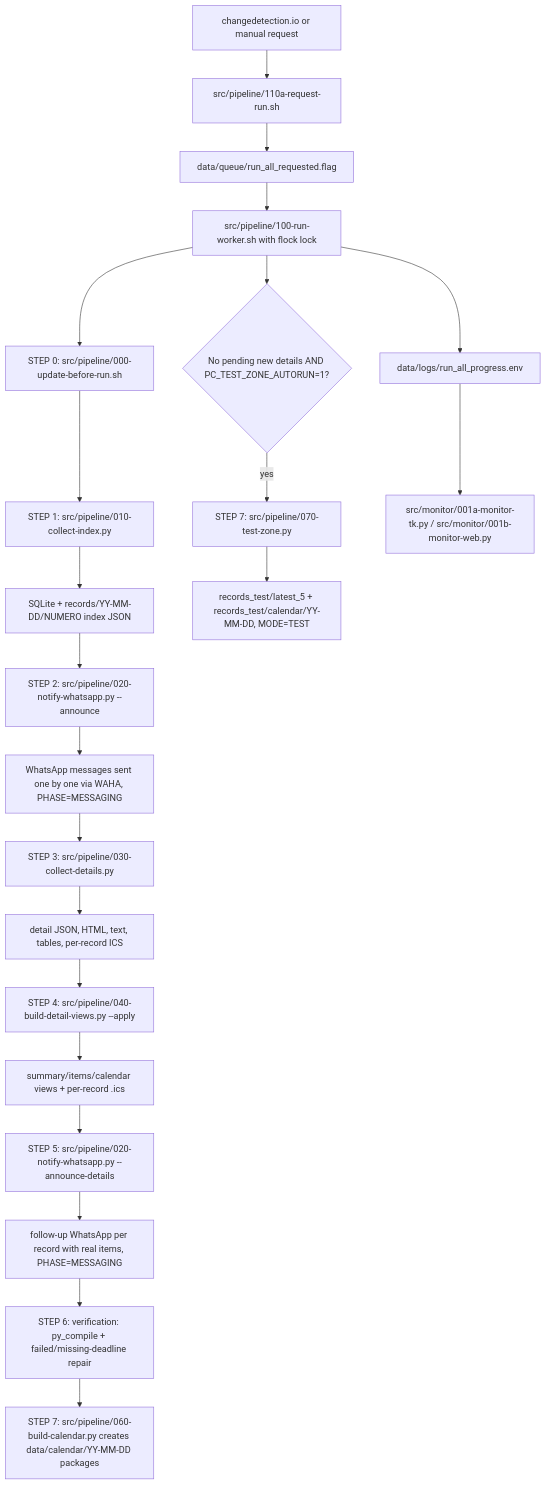
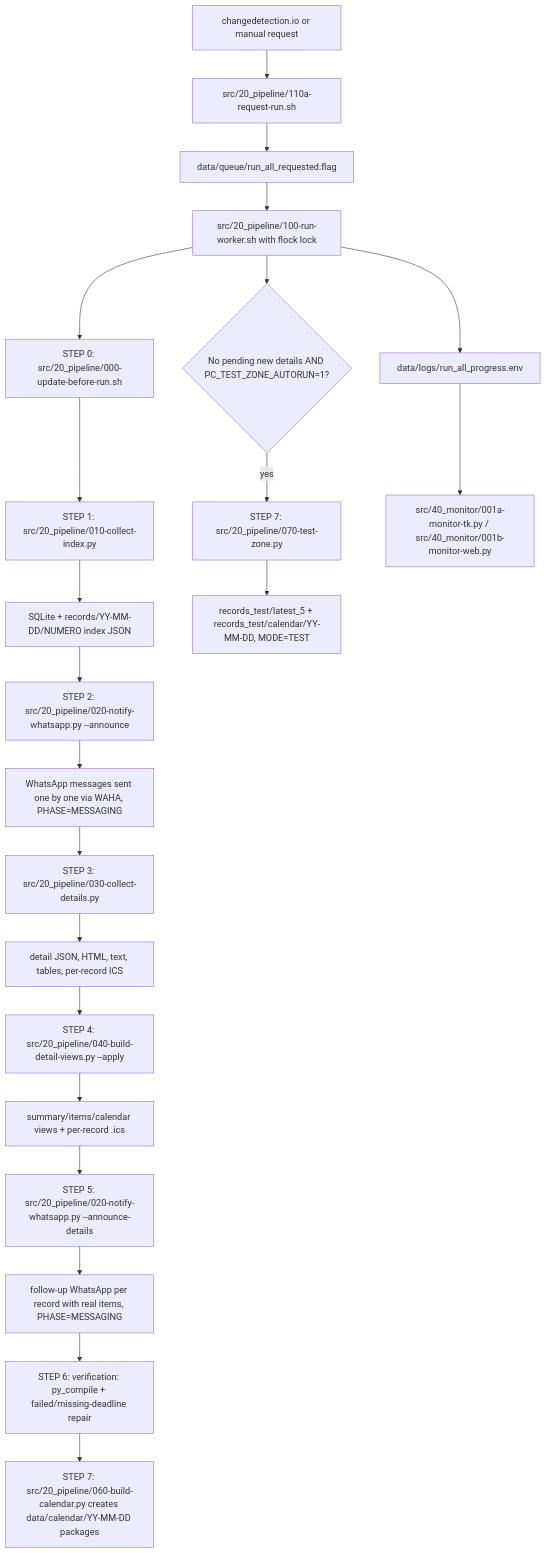
The diagram in README.md (413x-4rtur0/panamacompra-collector-backfill), drawn with Mermaid before and after one commit. The commit also changed other lines of this file and 97 other files, not shown here.

First line of the commit message:
Renumber src/ folders, add manual webhook mode, multi-client WAHA fan-out UI

````diff
--- a/README.md
+++ b/README.md
@@ -189,24 +189,24 @@
 ```mermaid
 flowchart TD
-    A[changedetection.io or manual request] --> B[src/pipeline/110a-request-run.sh]
+    A[changedetection.io or manual request] --> B[src/20_pipeline/110a-request-run.sh]
     B --> C[data/queue/run_all_requested.flag]
-    C --> D[src/pipeline/100-run-worker.sh with flock lock]
-    D --> U[STEP 0: src/pipeline/000-update-before-run.sh]
-    U --> E[STEP 1: src/pipeline/010-collect-index.py]
+    C --> D[src/20_pipeline/100-run-worker.sh with flock lock]
+    D --> U[STEP 0: src/20_pipeline/000-update-before-run.sh]
+    U --> E[STEP 1: src/20_pipeline/010-collect-index.py]
     E --> F[SQLite + records/YY-MM-DD/NUMERO index JSON]
-    F --> P[STEP 2: src/pipeline/020-notify-whatsapp.py --announce]
+    F --> P[STEP 2: src/20_pipeline/020-notify-whatsapp.py --announce]
     P --> Q[WhatsApp messages sent one by one via WAHA, PHASE=MESSAGING]
-    Q --> G[STEP 3: src/pipeline/030-collect-details.py]
+    Q --> G[STEP 3: src/20_pipeline/030-collect-details.py]
     G --> H[detail JSON, HTML, text, tables, per-record ICS]
-    H --> I[STEP 4: src/pipeline/040-build-detail-views.py --apply]
+    H --> I[STEP 4: src/20_pipeline/040-build-detail-views.py --apply]
     I --> V[summary/items/calendar views + per-record .ics]
-    V --> W[STEP 5: src/pipeline/020-notify-whatsapp.py --announce-details]
+    V --> W[STEP 5: src/20_pipeline/020-notify-whatsapp.py --announce-details]
     W --> X[follow-up WhatsApp per record with real items, PHASE=MESSAGING]
     X --> R[STEP 6: verification: py_compile + failed/missing-deadline repair]
-    R --> J[STEP 7: src/pipeline/060-build-calendar.py creates data/calendar/YY-MM-DD packages]
+    R --> J[STEP 7: src/20_pipeline/060-build-calendar.py creates data/calendar/YY-MM-DD packages]
     D --> K{No pending new details AND PC_TEST_ZONE_AUTORUN=1?}
-    K -- yes --> L[STEP 7: src/pipeline/070-test-zone.py]
+    K -- yes --> L[STEP 7: src/20_pipeline/070-test-zone.py]
     L --> M[records_test/latest_5 + records_test/calendar/YY-MM-DD, MODE=TEST]
     D --> N[data/logs/run_all_progress.env]
-    N --> O[src/monitor/001a-monitor-tk.py / src/monitor/001b-monitor-web.py]
+    N --> O[src/40_monitor/001a-monitor-tk.py / src/40_monitor/001b-monitor-web.py]
 ```
````
